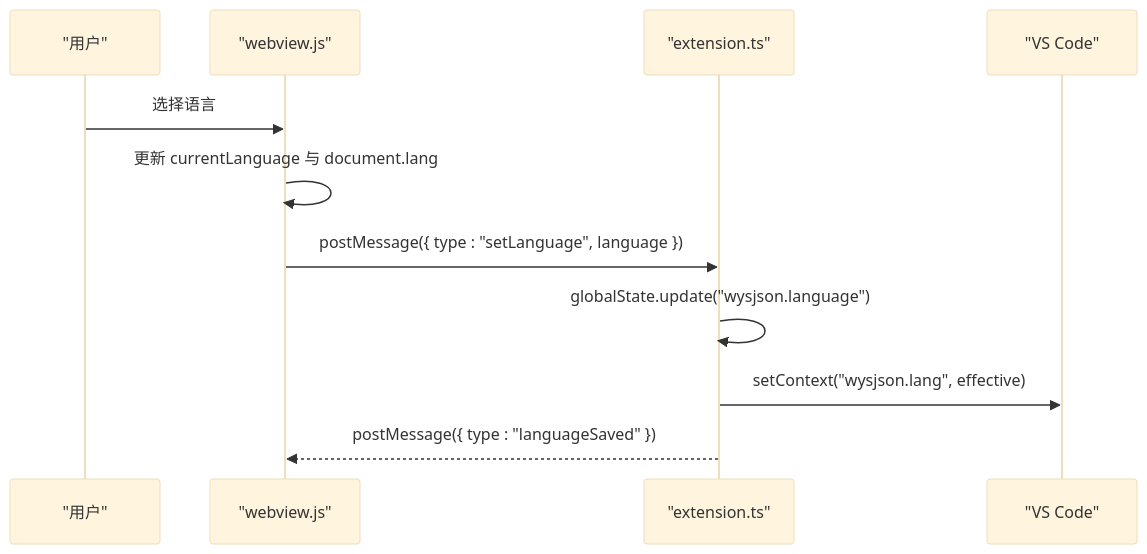
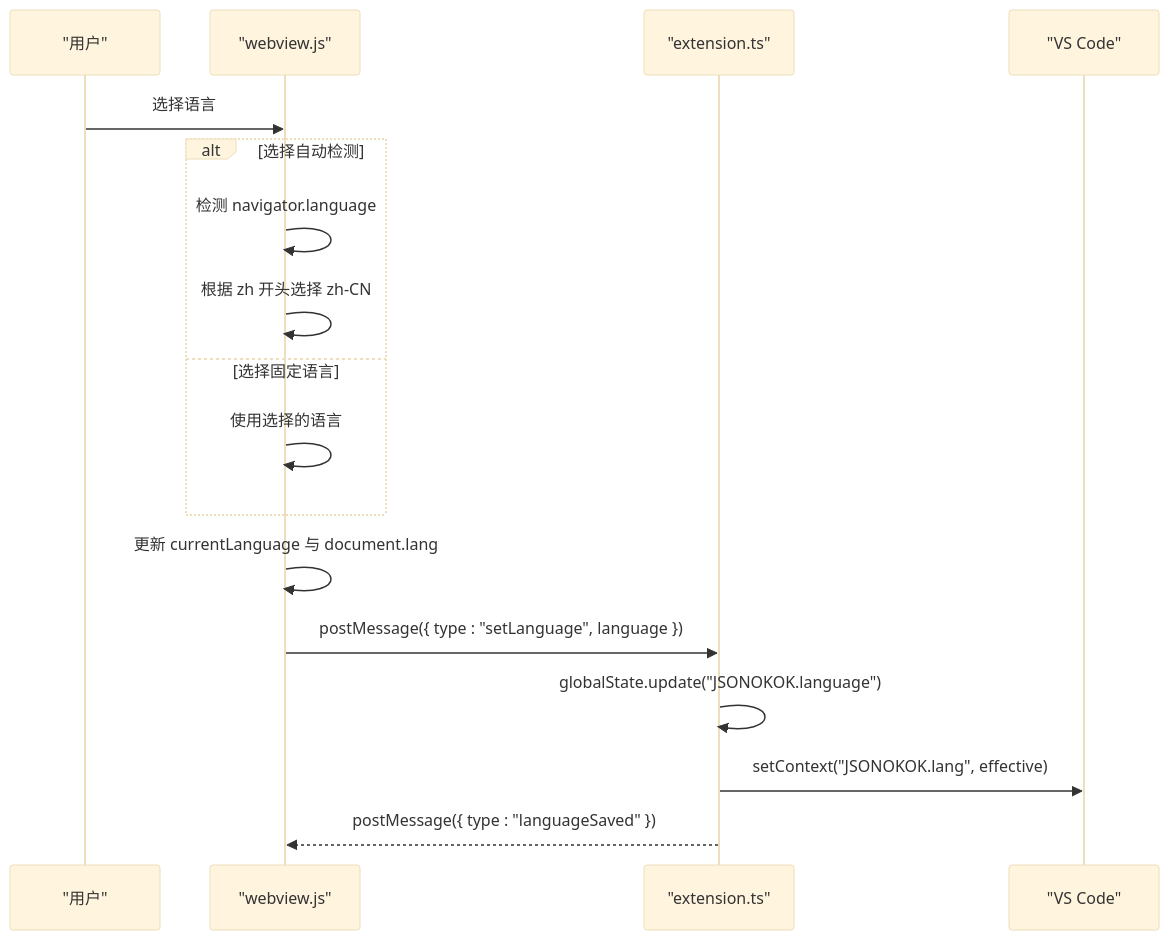
The fifth of 7 diagrams in .qoder/repowiki/zh/content/Webview 界面系统/国际化支持.md (meiok1/wysjson), drawn with Mermaid (base theme) before and after one commit. The commit also changed other lines of this file and 390 other files, not shown here.

````diff
--- a/.qoder/repowiki/zh/content/Webview 界面系统/国际化支持.md
+++ b/.qoder/repowiki/zh/content/Webview 界面系统/国际化支持.md
@@ -188,13 +197,19 @@
 ```mermaid
 sequenceDiagram
 participant User as "用户"
 participant WV as "webview.js"
 participant Ext as "extension.ts"
 participant VS as "VS Code"
 User->>WV : 选择语言
+alt 选择自动检测
+WV->>WV : 检测 navigator.language
+WV->>WV : 根据 zh 开头选择 zh-CN
+else 选择固定语言
+WV->>WV : 使用选择的语言
+end
 WV->>WV : 更新 currentLanguage 与 document.lang
 WV->>Ext : postMessage({ type : "setLanguage", language })
-Ext->>Ext : globalState.update("wysjson.language")
-Ext->>VS : setContext("wysjson.lang", effective)
+Ext->>Ext : globalState.update("JSONOKOK.language")
+Ext->>VS : setContext("JSONOKOK.lang", effective)
 Ext-->>WV : postMessage({ type : "languageSaved" })
 ```
````
